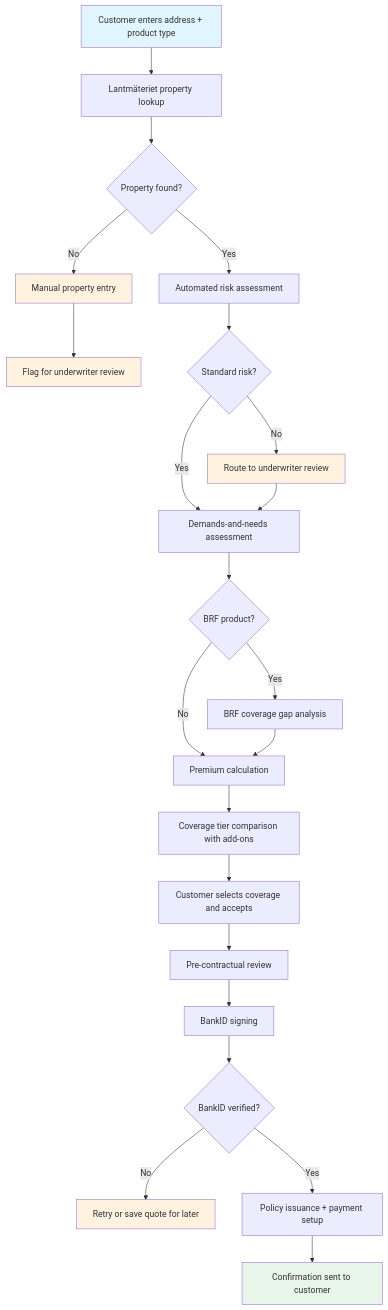
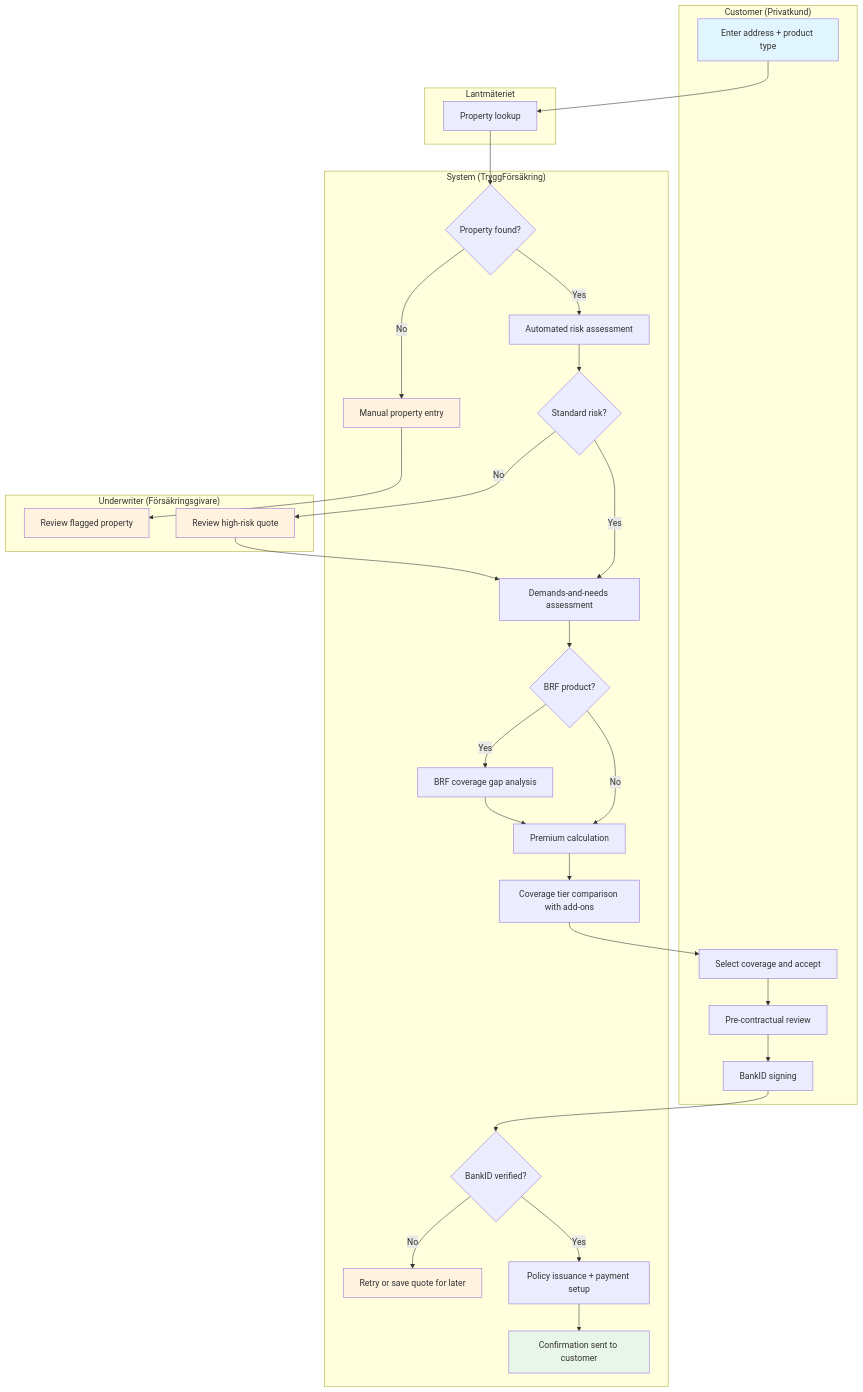
The first of 2 diagrams in docs/phase-2-home-property/use-cases/quote-and-bind.md (Agentic-software-factory/insurance-platform-requirements), drawn with Mermaid before and after one commit. The commit also changed 9 other files, not shown here.

First line of the commit message:
docs(#122): Upgrade flowcharts to swimlane format for Phase 2 Home & Property use cases (#132)

````diff
--- a/docs/phase-2-home-property/use-cases/quote-and-bind.md
+++ b/docs/phase-2-home-property/use-cases/quote-and-bind.md
@@ -40,31 +40,63 @@
 ```mermaid
 flowchart TD
-    A[Customer enters address + product type] --> B[Lantmäteriet property lookup]
-    B --> C{Property found?}
-    C -->|No| D[Manual property entry]
-    D --> E[Flag for underwriter review]
-    C -->|Yes| F[Automated risk assessment]
-    F --> G{Standard risk?}
-    G -->|No| H[Route to underwriter review]
-    G -->|Yes| I[Demands-and-needs assessment]
+    subgraph Customer ["Customer (Privatkund)"]
+        A[Enter address + product type]
+        N[Select coverage and accept]
+        O[Pre-contractual review]
+        P[BankID signing]
+    end
+
+    subgraph Lantmäteriet
+        B[Property lookup]
+    end
+
+    subgraph System ["System (TryggFörsäkring)"]
+        C{Property found?}
+        D[Manual property entry]
+        F[Automated risk assessment]
+        G{Standard risk?}
+        I[Demands-and-needs assessment]
+        J{BRF product?}
+        K[BRF coverage gap analysis]
+        L[Premium calculation]
+        M[Coverage tier comparison with add-ons]
+        Q{BankID verified?}
+        R[Retry or save quote for later]
+        S[Policy issuance + payment setup]
+        T[Confirmation sent to customer]
+    end
+
+    subgraph Underwriter ["Underwriter (Försäkringsgivare)"]
+        E[Review flagged property]
+        H[Review high-risk quote]
+    end
+
+    A --> B
+    B --> C
+    C -->|No| D
+    D --> E
+    C -->|Yes| F
+    F --> G
+    G -->|No| H
+    G -->|Yes| I
     H --> I
-    I --> J{BRF product?}
-    J -->|Yes| K[BRF coverage gap analysis]
-    J -->|No| L[Premium calculation]
+    I --> J
+    J -->|Yes| K
+    J -->|No| L
     K --> L
-    L --> M[Coverage tier comparison with add-ons]
-    M --> N[Customer selects coverage and accepts]
-    N --> O[Pre-contractual review]
-    O --> P[BankID signing]
-    P --> Q{BankID verified?}
-    Q -->|No| R[Retry or save quote for later]
-    Q -->|Yes| S[Policy issuance + payment setup]
-    S --> T[Confirmation sent to customer]
+    L --> M
+    M --> N
+    N --> O
+    O --> P
+    P --> Q
+    Q -->|No| R
+    Q -->|Yes| S
+    S --> T
 
     style A fill:#e1f5fe
     style T fill:#e8f5e9
     style D fill:#fff3e0
     style E fill:#fff3e0
     style H fill:#fff3e0
     style R fill:#fff3e0
 ```
````
